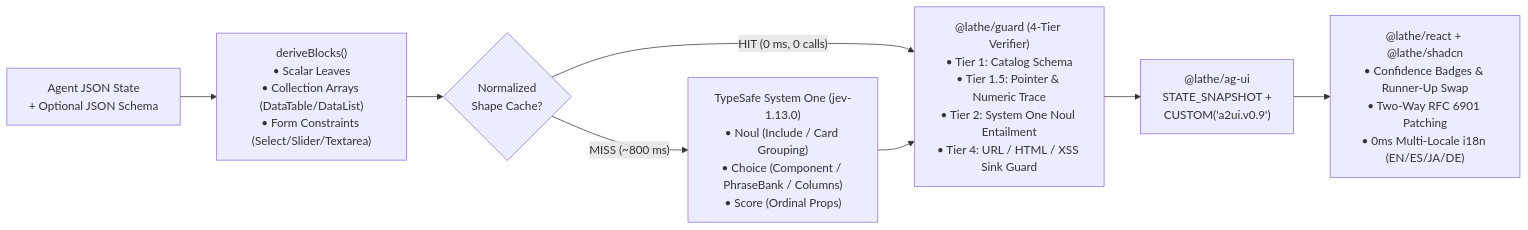
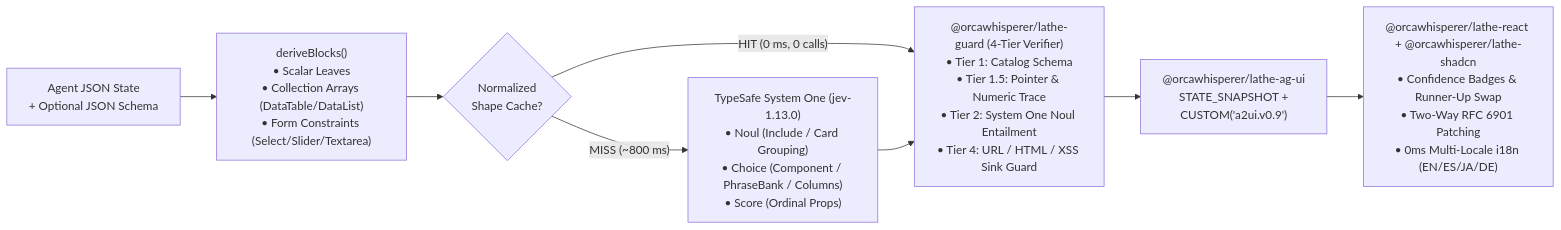
Before and after one commit to orcawhisperer/lathe: the diagram in README.md, drawn with Mermaid. The commit also changed other lines of this file, not shown here.

Commit message:
docs: update README with published @orcawhisperer/lathe-* npm package names

````diff
--- a/README.md
+++ b/README.md
@@ -32,10 +32,10 @@
 ```mermaid
 flowchart LR
   State["Agent JSON State\n+ Optional JSON Schema"] --> Derive["deriveBlocks()\n• Scalar Leaves\n• Collection Arrays (DataTable/DataList)\n• Form Constraints (Select/Slider/Textarea)"]
   Derive --> Cache{"Normalized\nShape Cache?"}
   Cache -- "HIT (0 ms, 0 calls)" --> Guard
   Cache -- "MISS (~800 ms)" --> S1["TypeSafe System One (jev-1.13.0)\n• Noul (Include / Card Grouping)\n• Choice (Component / PhraseBank / Columns)\n• Score (Ordinal Props)"]
-  S1 --> Guard["@lathe/guard (4-Tier Verifier)\n• Tier 1: Catalog Schema\n• Tier 1.5: Pointer & Numeric Trace\n• Tier 2: System One Noul Entailment\n• Tier 4: URL / HTML / XSS Sink Guard"]
-  Guard --> AGUI["@lathe/ag-ui\nSTATE_SNAPSHOT +\nCUSTOM('a2ui.v0.9')"]
-  AGUI --> React["@lathe/react + @lathe/shadcn\n• Confidence Badges & Runner-Up Swap\n• Two-Way RFC 6901 Patching\n• 0ms Multi-Locale i18n (EN/ES/JA/DE)"]
+  S1 --> Guard["@orcawhisperer/lathe-guard (4-Tier Verifier)\n• Tier 1: Catalog Schema\n• Tier 1.5: Pointer & Numeric Trace\n• Tier 2: System One Noul Entailment\n• Tier 4: URL / HTML / XSS Sink Guard"]
+  Guard --> AGUI["@orcawhisperer/lathe-ag-ui\nSTATE_SNAPSHOT +\nCUSTOM('a2ui.v0.9')"]
+  AGUI --> React["@orcawhisperer/lathe-react + @orcawhisperer/lathe-shadcn\n• Confidence Badges & Runner-Up Swap\n• Two-Way RFC 6901 Patching\n• 0ms Multi-Locale i18n (EN/ES/JA/DE)"]
 ```
````
